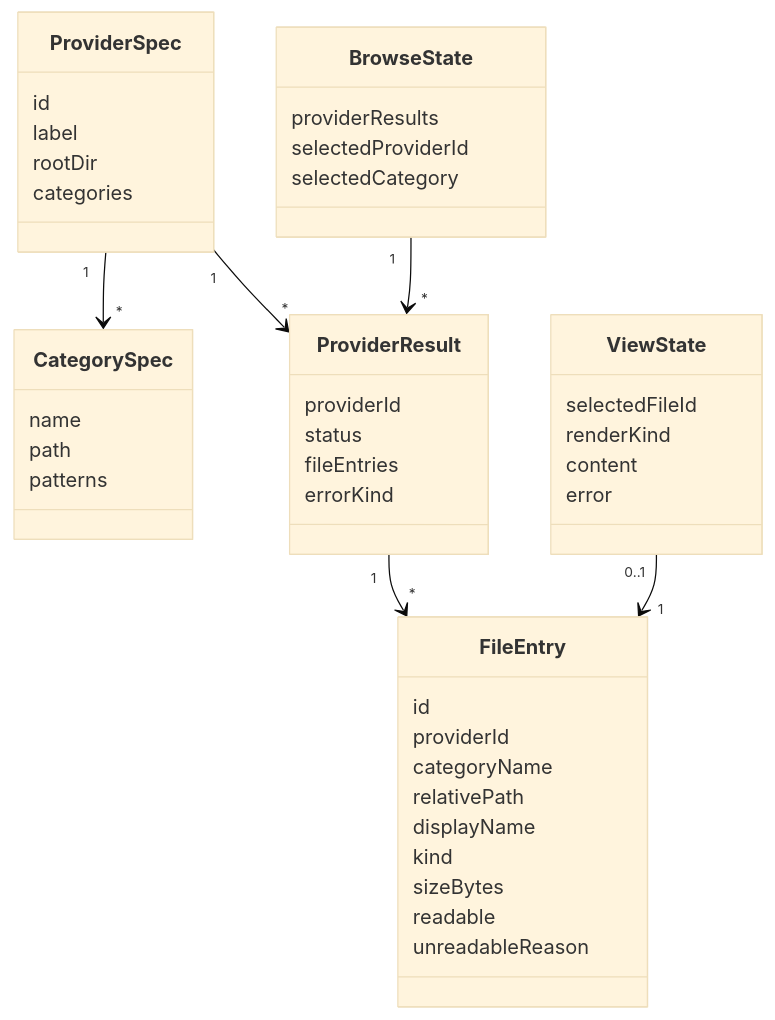
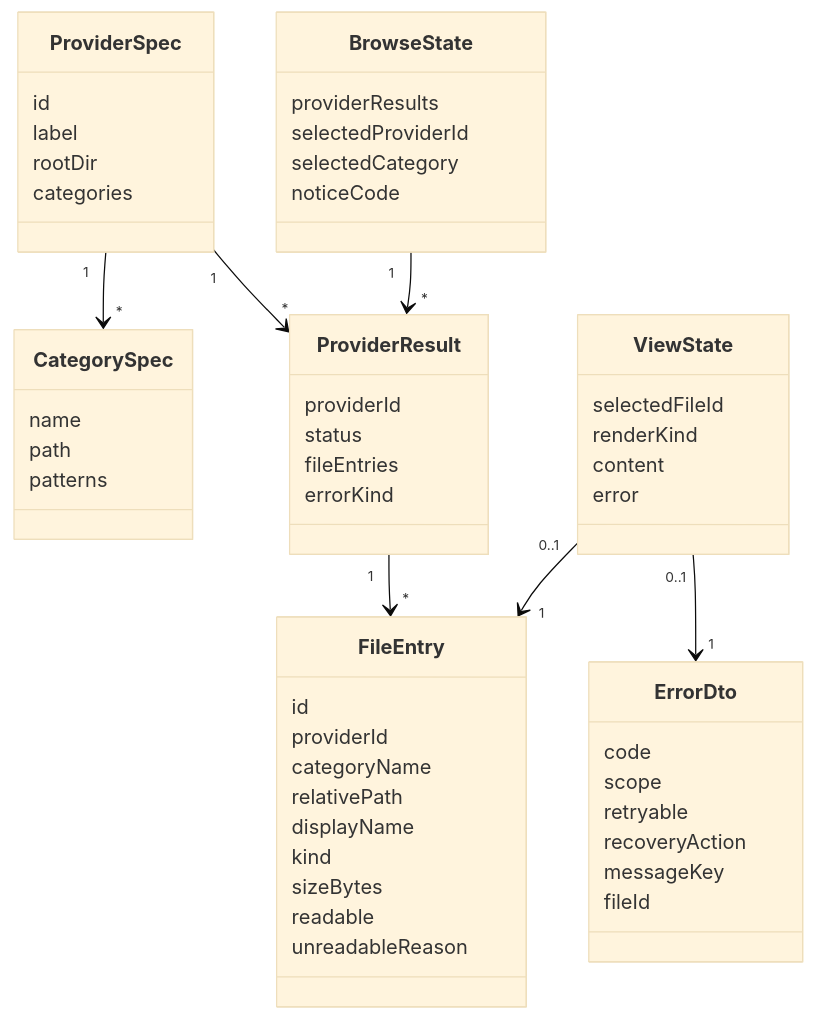
Before and after one commit to xzyozi/agent-config-viewer: the diagram in docs/design/ACV-DS-001_画面内データ構造仕様書.md, drawn with Mermaid (base theme). The commit also changed other lines of this file and 2 other files, not shown here.

````diff
--- a/docs/design/ACV-DS-001_画面内データ構造仕様書.md
+++ b/docs/design/ACV-DS-001_画面内データ構造仕様書.md
@@ -40,47 +40,57 @@
 ```mermaid
 classDiagram
     class ProviderSpec {
         id
         label
         rootDir
         categories
     }
     class CategorySpec {
         name
         path
         patterns
     }
     class ProviderResult {
         providerId
         status
         fileEntries
         errorKind
     }
     class FileEntry {
         id
         providerId
         categoryName
         relativePath
         displayName
         kind
         sizeBytes
         readable
         unreadableReason
     }
     class BrowseState {
         providerResults
         selectedProviderId
         selectedCategory
+        noticeCode
+    }
+    class ErrorDto {
+        code
+        scope
+        retryable
+        recoveryAction
+        messageKey
+        fileId
     }
     class ViewState {
         selectedFileId
         renderKind
         content
         error
     }
     ProviderSpec "1" --> "*" CategorySpec
     ProviderSpec "1" --> "*" ProviderResult
     ProviderResult "1" --> "*" FileEntry
     BrowseState "1" --> "*" ProviderResult
     ViewState "0..1" --> "1" FileEntry
+    ViewState "0..1" --> "1" ErrorDto
 ```
````
